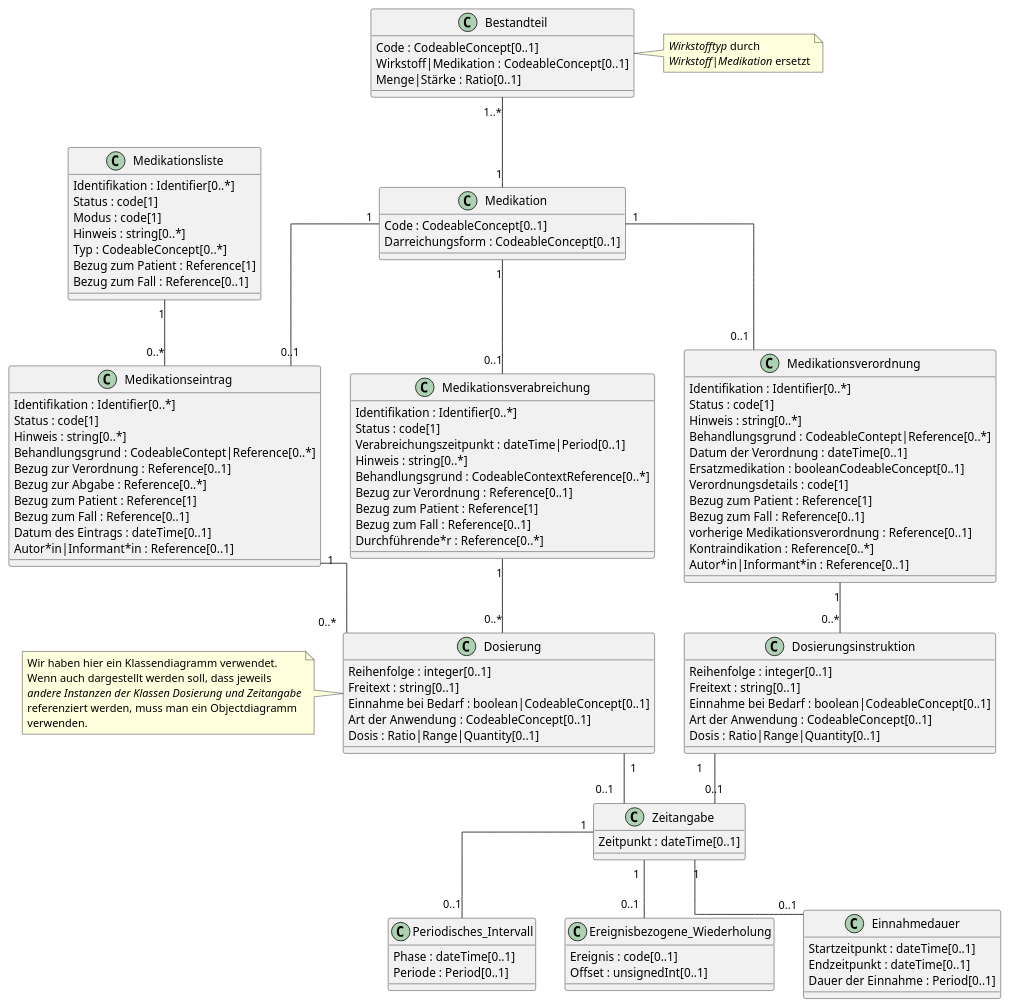
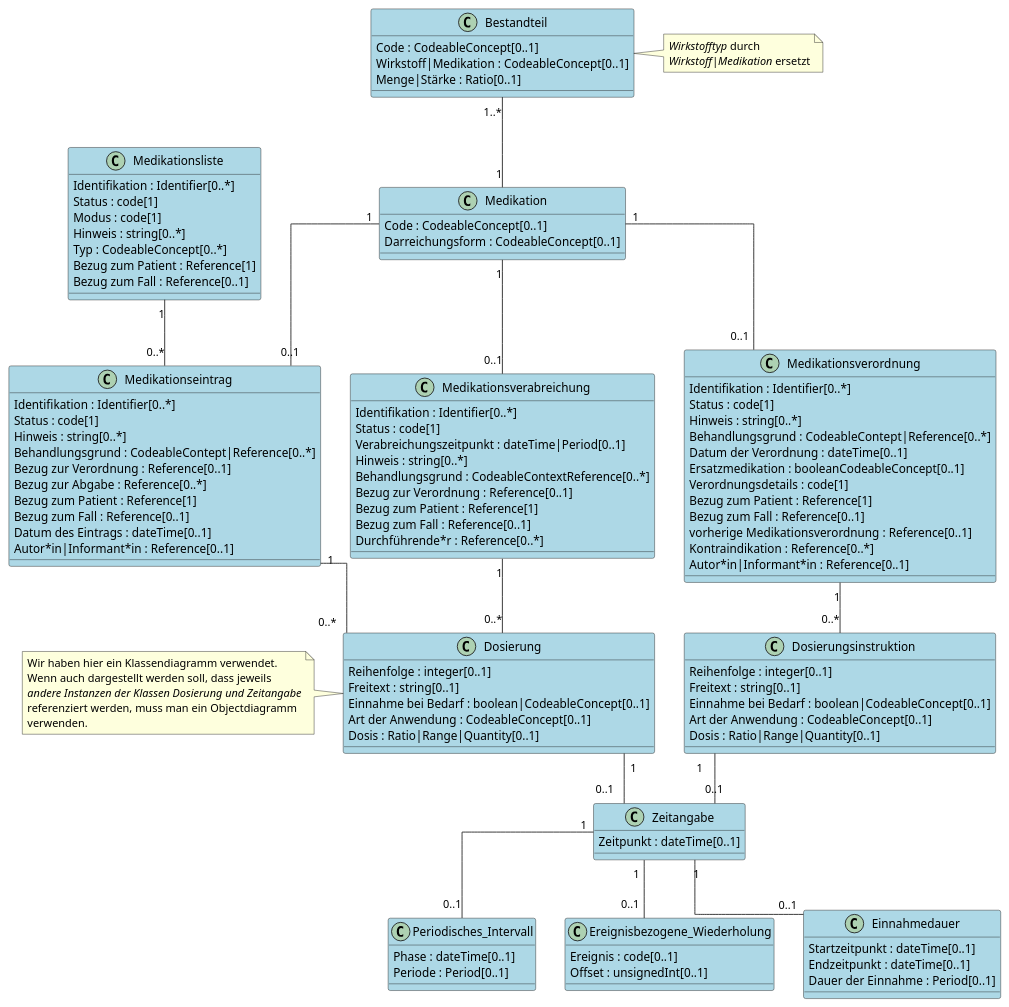
Before and after one commit to medizininformatik-initiative/kerndatensatzmodul-medikation: the diagram in ig/bilder/Medikation_v2.0.puml, drawn with PlantUML.

Commit message:
UML Diagramm angepasst

```diff
--- a/ig/bilder/Medikation_v2.0.puml
+++ b/ig/bilder/Medikation_v2.0.puml
@@ -1,131 +1,131 @@
 @startuml
 
-skinparam ObjectBackgroundColor LightBlue
+skinparam ClassBackgroundColor LightBlue
 skinparam Linetype ortho
 
 class Medikation {
    Code : CodeableConcept[0..1]
    Darreichungsform : CodeableConcept[0..1]
 }
 
 class Bestandteil {
    Code : CodeableConcept[0..1]
    Wirkstoff|Medikation : CodeableConcept[0..1]
    Menge|Stärke : Ratio[0..1]
 }
 
 note right of Bestandteil
   //Wirkstofftyp// durch
   //Wirkstoff|Medikation// ersetzt
 end note
 
 class Medikationsverordnung {
    Identifikation : Identifier[0..*]
    Status : code[1]
    Hinweis : string[0..*]
    Behandlungsgrund : CodeableContept|Reference[0..*]
    Datum der Verordnung : dateTime[0..1]
    Ersatzmedikation : booleanCodeableConcept[0..1]
    Verordnungsdetails : code[1] 
    Bezug zum Patient : Reference[1]
    Bezug zum Fall : Reference[0..1]
    vorherige Medikationsverordnung : Reference[0..1]
    Kontraindikation : Reference[0..*]
    Autor*in|Informant*in : Reference[0..1]
 }
 
 class Medikationseintrag {
    Identifikation : Identifier[0..*]
    Status : code[1]
    Hinweis : string[0..*]
    Behandlungsgrund : CodeableContept|Reference[0..*]
    Bezug zur Verordnung : Reference[0..1]
    Bezug zur Abgabe : Reference[0..*]
    Bezug zum Patient : Reference[1]
    Bezug zum Fall : Reference[0..1]
    Datum des Eintrags : dateTime[0..1]
    Autor*in|Informant*in : Reference[0..1]
 }
 
 class Dosierung {
    Reihenfolge : integer[0..1]
    Freitext : string[0..1]
    Einnahme bei Bedarf : boolean|CodeableConcept[0..1]
    Art der Anwendung : CodeableConcept[0..1]
    Dosis : Ratio|Range|Quantity[0..1]
 }
 
 note left
   Wir haben hier ein Klassendiagramm verwendet.
   Wenn auch dargestellt werden soll, dass jeweils 
   //andere Instanzen der Klassen Dosierung und Zeitangabe//
   referenziert werden, muss man ein Objectdiagramm
   verwenden.
 end note
 
 class Medikationsliste {
    Identifikation : Identifier[0..*]
    Status : code[1]
    Modus : code[1]
    Hinweis : string[0..*]
    Typ : CodeableConcept[0..*]
    Bezug zum Patient : Reference[1]
    Bezug zum Fall : Reference[0..1]
 }
 
 class Medikationsverabreichung {
    Identifikation : Identifier[0..*]
    Status : code[1]
    Verabreichungszeitpunkt : dateTime|Period[0..1]
    Hinweis : string[0..*]
    Behandlungsgrund : CodeableContextReference[0..*]
    Bezug zur Verordnung : Reference[0..1]
    Bezug zum Patient : Reference[1]
    Bezug zum Fall : Reference[0..1]
    Durchführende*r : Reference[0..*]
 }
 
 class Dosierungsinstruktion {
    Reihenfolge : integer[0..1]
    Freitext : string[0..1]
    Einnahme bei Bedarf : boolean|CodeableConcept[0..1]
    Art der Anwendung : CodeableConcept[0..1]
    Dosis : Ratio|Range|Quantity[0..1]
 }
 
 class Zeitangabe {
    Zeitpunkt : dateTime[0..1]
 
 }
 
 class Periodisches_Intervall {
     Phase : dateTime[0..1]
     Periode : Period[0..1]
 }
 
 class Ereignisbezogene_Wiederholung {
     Ereignis : code[0..1]
     Offset : unsignedInt[0..1]
 }
 
 class Einnahmedauer {
     Startzeitpunkt : dateTime[0..1]
     Endzeitpunkt : dateTime[0..1]
     Dauer der Einnahme : Period[0..1]
 }
 
 Medikation "1" -up- "1..*" Bestandteil
 Medikation "1" -- "0..1" Medikationsverordnung
 Medikation "1" -- "0..1" Medikationseintrag
 Medikation "1" -- "0..1" Medikationsverabreichung
 Medikationseintrag "0..*" -up- "1" Medikationsliste
 Medikationseintrag "1" -- "0..*" Dosierung
 Medikationsverabreichung "1" -- "0..*" Dosierung
 Medikationsverordnung "1" -- "0..*" Dosierungsinstruktion
 Dosierung "1" -- "0..1" Zeitangabe
 Dosierungsinstruktion "1" -- "0..1" Zeitangabe
 Zeitangabe "1" -- "0..1" Periodisches_Intervall
 Zeitangabe "1" -- "0..1" Ereignisbezogene_Wiederholung
 Zeitangabe "1" -- "0..1" Einnahmedauer
 
 @enduml
```
